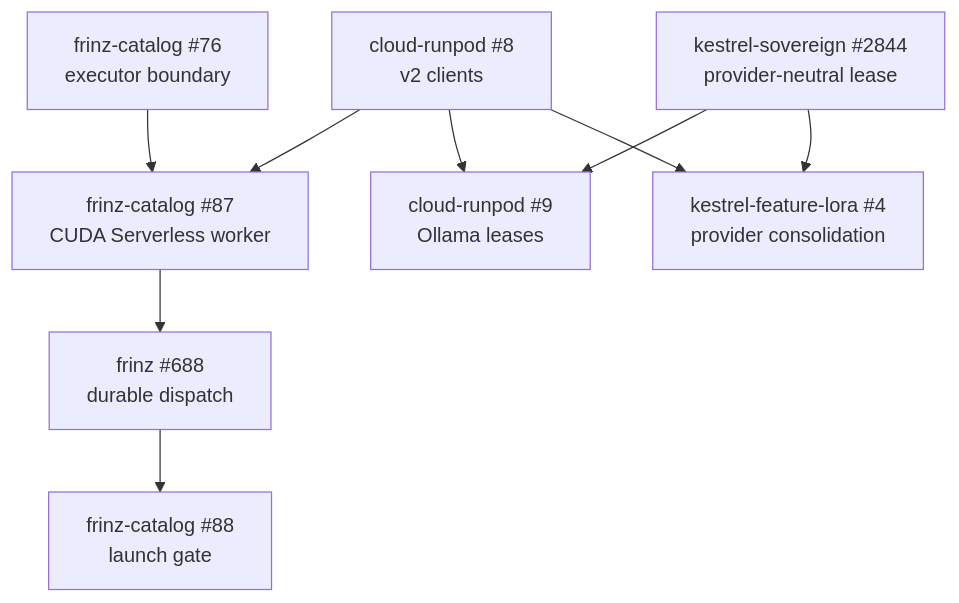
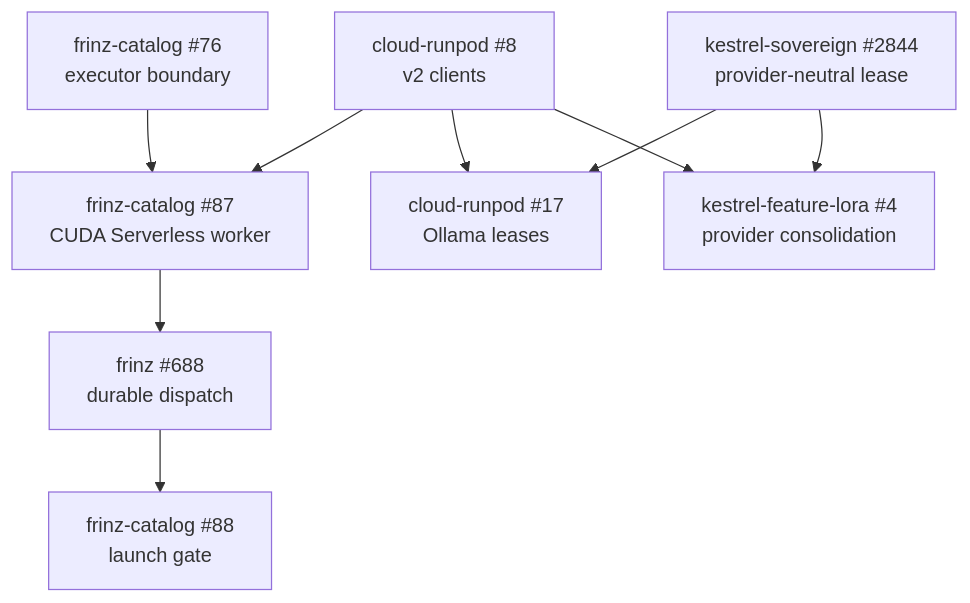
Before and after one commit to KestrelSovereignAI/kestrel-cloud-runpod: the second of 2 diagrams in docs/architecture/RUNPOD_V2_EXECUTION_PLATFORM.md, drawn with Mermaid. The commit also changed other lines of this file and 70 other files, not shown here.

````diff
--- a/docs/architecture/RUNPOD_V2_EXECUTION_PLATFORM.md
+++ b/docs/architecture/RUNPOD_V2_EXECUTION_PLATFORM.md
@@ -248,11 +352,11 @@
 ```mermaid
 flowchart TD
     V2["cloud-runpod #8\nv2 clients"] --> CUDA["frinz-catalog #87\nCUDA Serverless worker"]
     Extract["frinz-catalog #76\nexecutor boundary"] --> CUDA
     CUDA --> Dispatch["frinz #688\ndurable dispatch"]
     Dispatch --> Bench["frinz-catalog #88\nlaunch gate"]
-    V2 --> Ollama["cloud-runpod #9\nOllama leases"]
+    V2 --> Ollama["cloud-runpod #17\nOllama leases"]
     LeaseAPI["kestrel-sovereign #2844\nprovider-neutral lease"] --> Ollama
     V2 --> Cleanup["kestrel-feature-lora #4\nprovider consolidation"]
     LeaseAPI --> Cleanup
 ```
````
